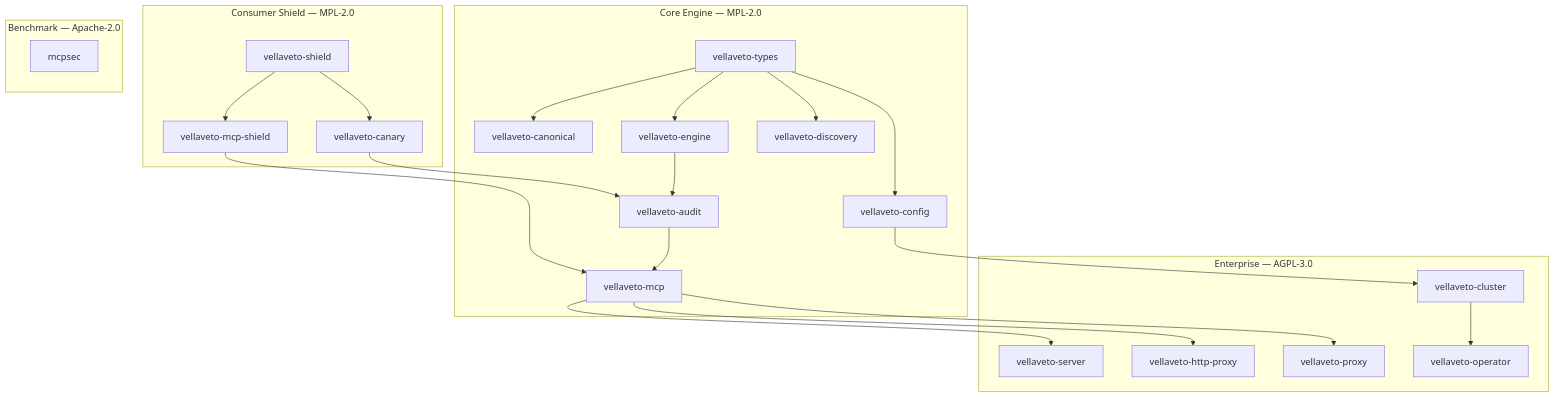
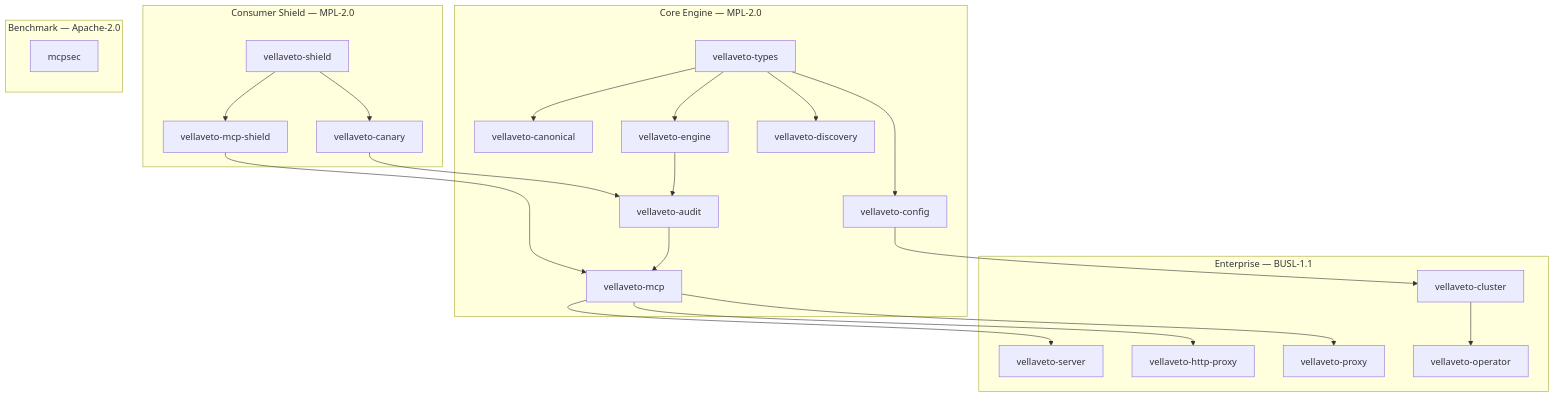
Before and after one commit to vellaveto/vellaveto: the diagram in README.md, drawn with Mermaid. The commit also changed other lines of this file and 623 other files, not shown here.

````diff
--- a/README.md
+++ b/README.md
@@ -131,31 +131,31 @@
 ```mermaid
 graph TD
     subgraph "Consumer Shield — MPL-2.0"
         VS[vellaveto-shield] --> MS[vellaveto-mcp-shield]
         VS --> VC[vellaveto-canary]
     end
 
     subgraph "Core Engine — MPL-2.0"
         VT[vellaveto-types] --> VCfg[vellaveto-config]
         VT --> VCan[vellaveto-canonical]
         VT --> VE[vellaveto-engine]
         VT --> VDisc[vellaveto-discovery]
         VE --> VA[vellaveto-audit]
         VA --> VMCP[vellaveto-mcp]
     end
 
-    subgraph "Enterprise — AGPL-3.0"
+    subgraph "Enterprise — BUSL-1.1"
         VMCP --> VServer[vellaveto-server]
         VMCP --> VHP[vellaveto-http-proxy]
         VMCP --> VP[vellaveto-proxy]
         VCfg --> VCluster[vellaveto-cluster]
         VCluster --> VOp[vellaveto-operator]
     end
 
     subgraph "Benchmark — Apache-2.0"
         MCPSEC[mcpsec]
     end
 
     MS --> VMCP
     VC --> VA
 ```
````
